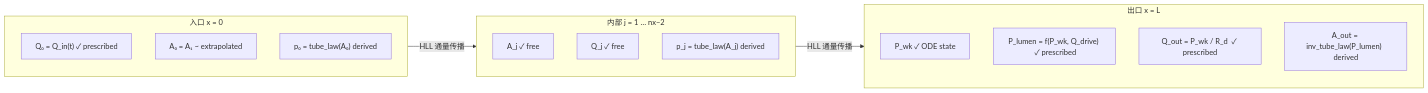
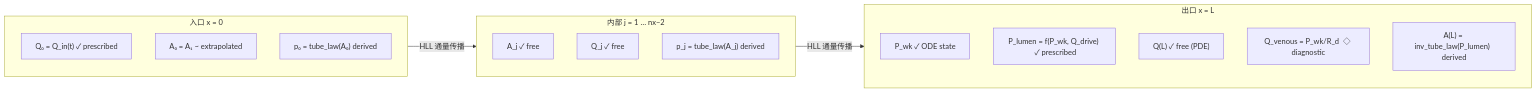
One commit to WZero98/Coronary_dynamic_simulation changed the first of 4 diagrams in docs/navier_stokes_1d.md. Above: the diagram before and after it, drawn with Mermaid. The commit also changed other lines of this file and 9 other files, not shown here.

````diff
--- a/docs/navier_stokes_1d.md
+++ b/docs/navier_stokes_1d.md
@@ -239,27 +326,28 @@
 ```mermaid
 flowchart LR
     subgraph IN["入口 x = 0"]
         direction TB
         IN_Q["Q₀ = Q_in(t)  ✓ prescribed"]
         IN_A["A₀ = A₁       ~ extrapolated"]
         IN_P["p₀ = tube_law(A₀)  derived"]
     end
 
     subgraph INT["内部 j = 1 … nx−2"]
         direction TB
         INT_A["A_j  ✓ free"]
         INT_Q["Q_j  ✓ free"]
         INT_P["p_j = tube_law(A_j)  derived"]
     end
 
     subgraph OUT["出口 x = L"]
         direction TB
         WK["P_wk  ✓ ODE state"]
         OUT_P["P_lumen = f(P_wk, Q_drive)  ✓ prescribed"]
-        OUT_Q["Q_out = P_wk / R_d  ✓ prescribed"]
-        OUT_A["A_out = inv_tube_law(P_lumen)  derived"]
+        OUT_Q["Q(L)  ✓ free (PDE)"]
+        OUT_QV["Q_venous = P_wk/R_d  ◇ diagnostic"]
+        OUT_A["A(L) = inv_tube_law(P_lumen)  derived"]
     end
 
     IN -->|"HLL 通量传播"| INT
     INT -->|"HLL 通量传播"| OUT
 ```
````
